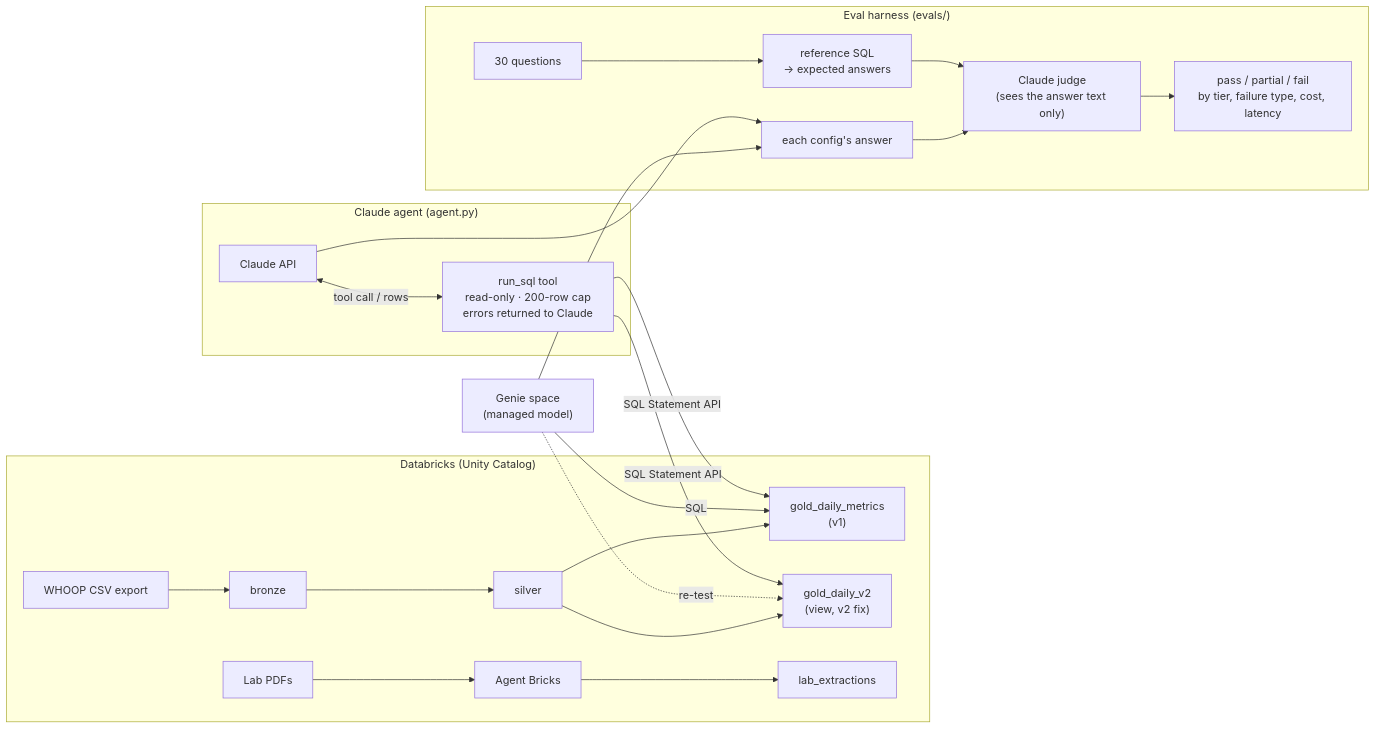
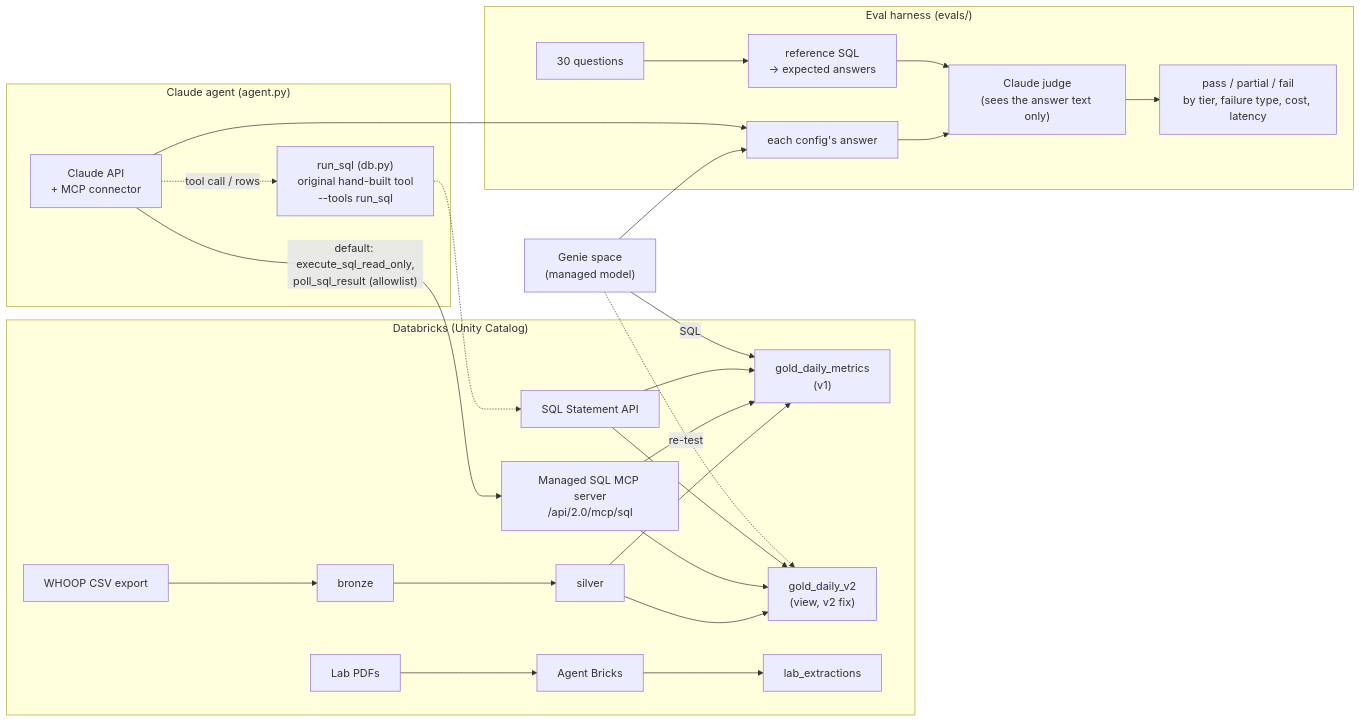
Before and after one commit to snigdhabanda/health-agent-claude-: the diagram in README.md, drawn with Mermaid. The commit also changed other lines of this file, not shown here.

````diff
--- a/README.md
+++ b/README.md
@@ -72,26 +72,31 @@
 ```mermaid
 flowchart LR
     subgraph DBX["Databricks (Unity Catalog)"]
         CSV["WHOOP CSV export"] --> B["bronze"] --> S["silver"] --> G1["gold_daily_metrics<br/>(v1)"]
         S --> G2["gold_daily_v2<br/>(view, v2 fix)"]
         PDF["Lab PDFs"] --> AB["Agent Bricks"] --> LAB["lab_extractions"]
+        MCP["Managed SQL MCP server<br/>/api/2.0/mcp/sql"]
+        SQLAPI["SQL Statement API"]
+        MCP --> G1 & G2
+        SQLAPI --> G1 & G2
     end
 
     GENIE["Genie space<br/>(managed model)"] -->|SQL| G1
     GENIE -.->|re-test| G2
 
     subgraph AGENT["Claude agent (agent.py)"]
-        API["Claude API"] <-->|tool call / rows| TOOL["run_sql tool<br/>read-only · 200-row cap<br/>errors returned to Claude"]
+        API["Claude API<br/>+ MCP connector"]
+        TOOL["run_sql (db.py)<br/>original hand-built tool<br/>--tools run_sql"]
     end
-    TOOL -->|SQL Statement API| G1
-    TOOL -->|SQL Statement API| G2
+    API -->|"default: execute_sql_read_only,<br/>poll_sql_result (allowlist)"| MCP
+    API -.->|tool call / rows| TOOL -.-> SQLAPI
 
     subgraph EVAL["Eval harness (evals/)"]
         Q["30 questions"] --> REF["reference SQL<br/>→ expected answers"]
         ANS["each config's answer"] --> J["Claude judge<br/>(sees the answer text only)"]
         REF --> J --> R["pass / partial / fail<br/>by tier, failure type, cost, latency"]
     end
 
     GENIE --> ANS
     API --> ANS
 ```
````
